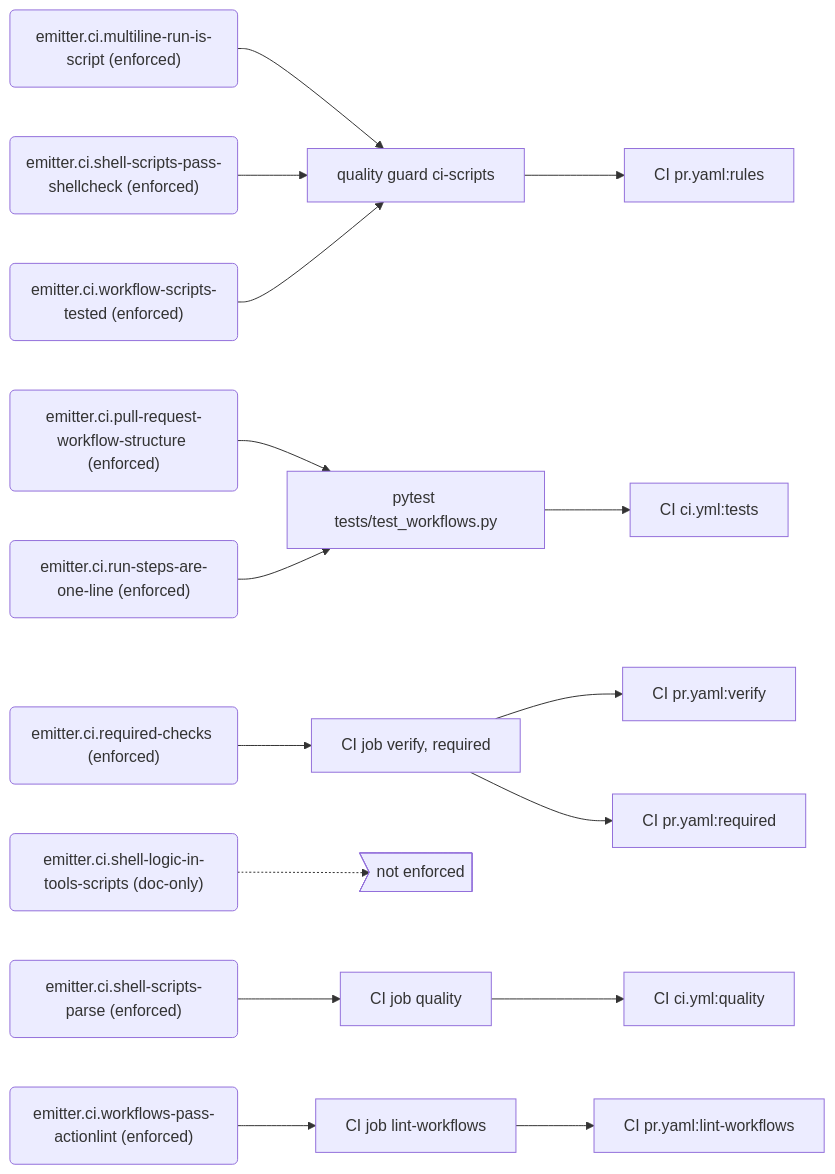
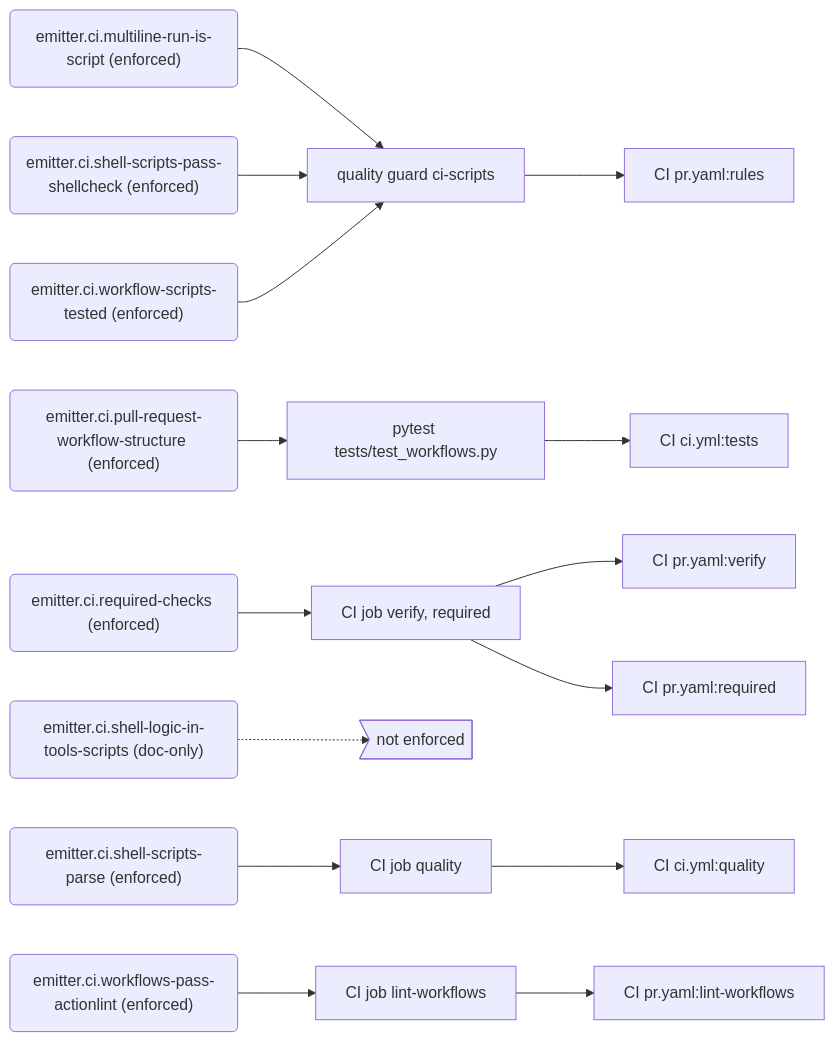
Before and after one commit to PolicyEngine/local-services: the eighth of 9 diagrams in docs/generated/rules.md, drawn with Mermaid. The commit also changed other lines of this file and 4 other files, not shown here.

````diff
--- a/docs/generated/rules.md
+++ b/docs/generated/rules.md
@@ -312,39 +310,37 @@
 ```mermaid
 flowchart LR
   r_emitter_ci_multiline_run_is_script("emitter.ci.multiline-run-is-script (enforced)")
   e_quality_guard_ci_scripts["quality guard ci-scripts"]
   j_CI_pr_yaml_rules["CI pr.yaml:rules"]
   r_emitter_ci_pull_request_workflow_structure("emitter.ci.pull-request-workflow-structure (enforced)")
   e_pytest_tests_test_workflows_py["pytest tests/test_workflows.py"]
   j_CI_ci_yml_tests["CI ci.yml:tests"]
   r_emitter_ci_required_checks("emitter.ci.required-checks (enforced)")
   e_CI_job_verify__required["CI job verify, required"]
   j_CI_pr_yaml_verify["CI pr.yaml:verify"]
   j_CI_pr_yaml_required["CI pr.yaml:required"]
-  r_emitter_ci_run_steps_are_one_line("emitter.ci.run-steps-are-one-line (enforced)")
   r_emitter_ci_shell_logic_in_tools_scripts("emitter.ci.shell-logic-in-tools-scripts (doc-only)")
   gap_unenforced>"not enforced"]
   r_emitter_ci_shell_scripts_parse("emitter.ci.shell-scripts-parse (enforced)")
   e_CI_job_quality["CI job quality"]
   j_CI_ci_yml_quality["CI ci.yml:quality"]
   r_emitter_ci_shell_scripts_pass_shellcheck("emitter.ci.shell-scripts-pass-shellcheck (enforced)")
   r_emitter_ci_workflow_scripts_tested("emitter.ci.workflow-scripts-tested (enforced)")
   r_emitter_ci_workflows_pass_actionlint("emitter.ci.workflows-pass-actionlint (enforced)")
   e_CI_job_lint_workflows["CI job lint-workflows"]
   j_CI_pr_yaml_lint_workflows["CI pr.yaml:lint-workflows"]
   r_emitter_ci_multiline_run_is_script --> e_quality_guard_ci_scripts
   e_quality_guard_ci_scripts --> j_CI_pr_yaml_rules
   r_emitter_ci_pull_request_workflow_structure --> e_pytest_tests_test_workflows_py
   e_pytest_tests_test_workflows_py --> j_CI_ci_yml_tests
   r_emitter_ci_required_checks --> e_CI_job_verify__required
   e_CI_job_verify__required --> j_CI_pr_yaml_verify
   e_CI_job_verify__required --> j_CI_pr_yaml_required
-  r_emitter_ci_run_steps_are_one_line --> e_pytest_tests_test_workflows_py
   r_emitter_ci_shell_logic_in_tools_scripts -.-> gap_unenforced
   r_emitter_ci_shell_scripts_parse --> e_CI_job_quality
   e_CI_job_quality --> j_CI_ci_yml_quality
   r_emitter_ci_shell_scripts_pass_shellcheck --> e_quality_guard_ci_scripts
   r_emitter_ci_workflow_scripts_tested --> e_quality_guard_ci_scripts
   r_emitter_ci_workflows_pass_actionlint --> e_CI_job_lint_workflows
   e_CI_job_lint_workflows --> j_CI_pr_yaml_lint_workflows
 ```
````
